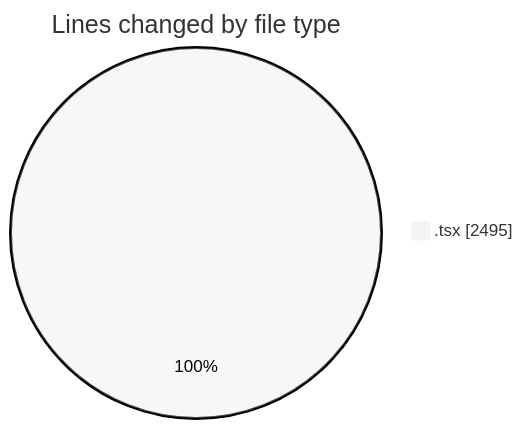
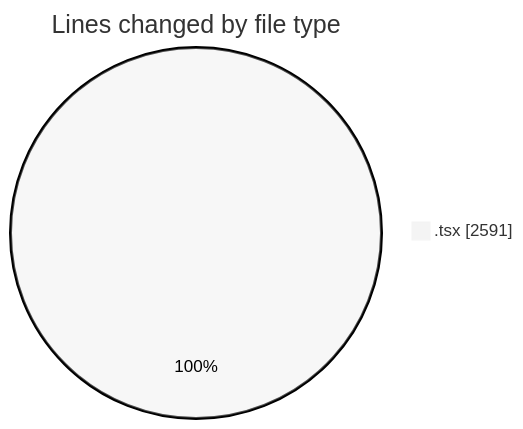
The first of 2 diagrams in 2026-02-09/nxtqube_webapp/README.md (nxtqubesakshisongat/code-tracking), drawn with Mermaid (neutral theme) before and after one commit. The commit also changed other lines of this file and 1 other file, not shown here.

````diff
--- a/2026-02-09/nxtqube_webapp/README.md
+++ b/2026-02-09/nxtqube_webapp/README.md
@@ -22,5 +22,5 @@
 ```mermaid
 pie showData
 title Lines changed by file type
-".tsx" : 2495
+".tsx" : 2591
 ```
````
